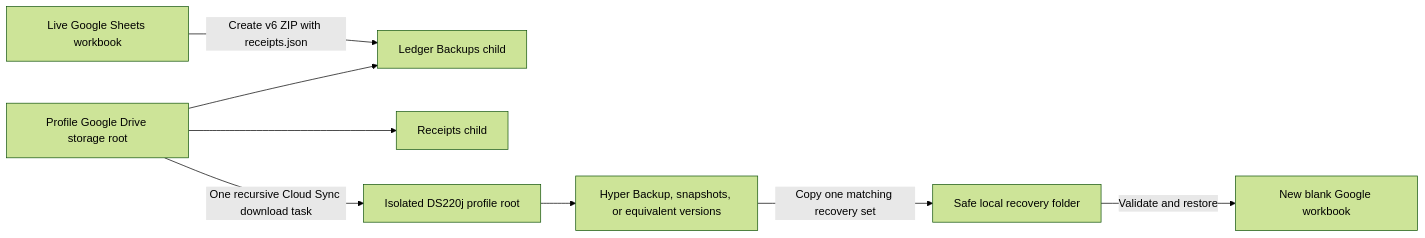
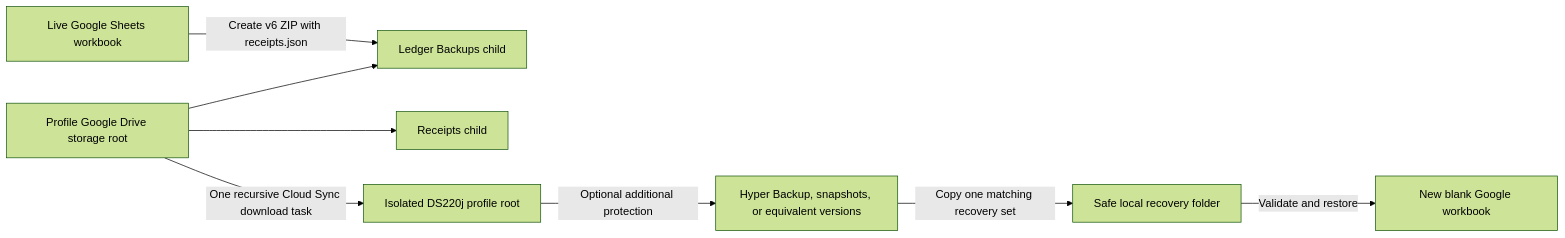
One commit to Roklion/Project_Tabula_Rasa changed the diagram in docs/operations/SYNOLOGY_RECOVERY.md. Above: the diagram before and after it, drawn with Mermaid (forest theme). The commit also changed other lines of this file and 2 other files, not shown here.

First line of the commit message:
Clarify optional Synology versioned retention

````diff
--- a/docs/operations/SYNOLOGY_RECOVERY.md
+++ b/docs/operations/SYNOLOGY_RECOVERY.md
@@ -24,19 +24,19 @@
 ```mermaid
 flowchart LR
     Sheets["Live Google Sheets workbook"]
     DriveRoot["Profile Google Drive storage root"]
     DriveBackups["Ledger Backups child"]
     DriveReceipts["Receipts child"]
     NASRoot["Isolated DS220j profile root"]
     Versions["Hyper Backup, snapshots, or equivalent versions"]
     Local["Safe local recovery folder"]
     Recovery["New blank Google workbook"]
 
     Sheets -->|"Create v6 ZIP with receipts.json"| DriveBackups
     DriveRoot --> DriveBackups
     DriveRoot --> DriveReceipts
     DriveRoot -->|"One recursive Cloud Sync download task"| NASRoot
-    NASRoot --> Versions
+    NASRoot -->|"Optional additional protection"| Versions
     Versions -->|"Copy one matching recovery set"| Local
     Local -->|"Validate and restore"| Recovery
 ```
````
